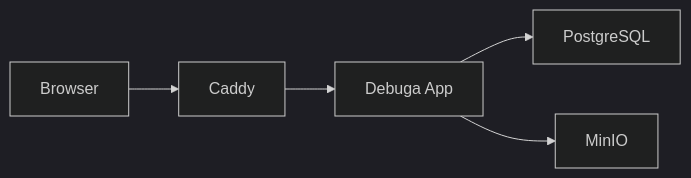
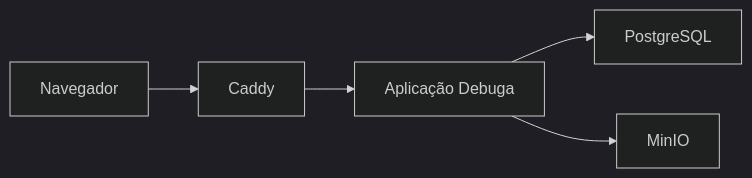
One commit to SperryTecnologia/debuga-community changed the second of 2 diagrams in docs/architecture/OVERVIEW.md. Above: the diagram before and after it, drawn with Mermaid (dark theme). The commit also changed other lines of this file and 4 other files, not shown here.

````diff
--- a/docs/architecture/OVERVIEW.md
+++ b/docs/architecture/OVERVIEW.md
@@ -35,13 +39,13 @@
 ```mermaid
 flowchart LR
-    USER["Browser"]
+    USER["Navegador"]
     GATEWAY["Caddy"]
-    APP["Debuga App"]
+    APP["Aplicação Debuga"]
     DB["PostgreSQL"]
     STORAGE["MinIO"]
 
     USER --> GATEWAY
     GATEWAY --> APP
     APP --> DB
     APP --> STORAGE
 ```
````
